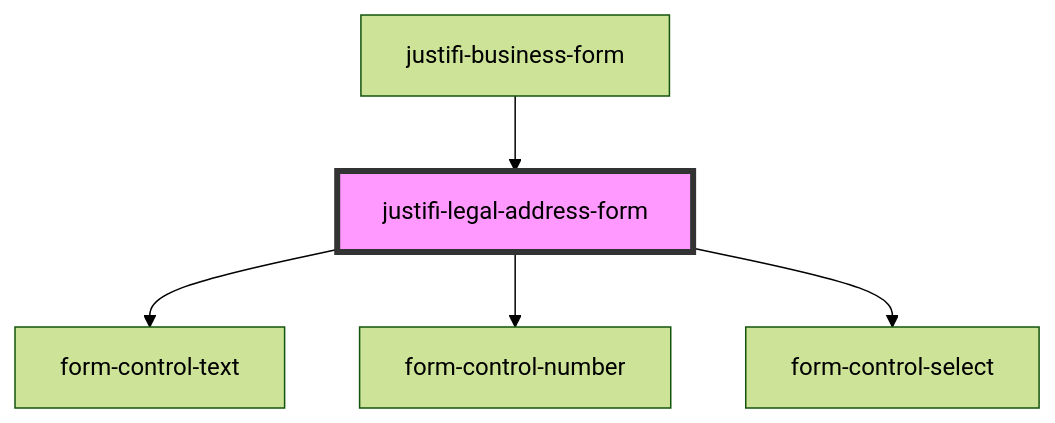
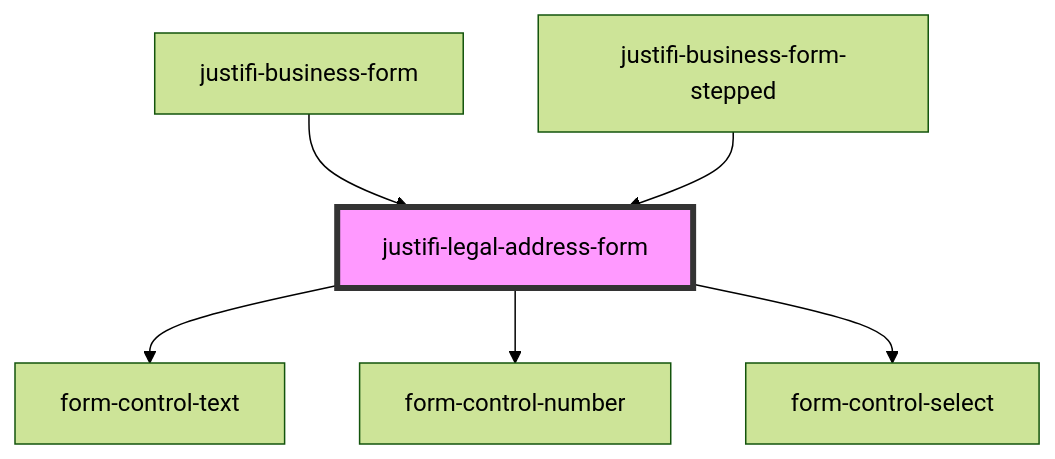
Before and after one commit to justifi-tech/web-component-library: the diagram in stencil-library/src/components/legal-address-form/readme.md, drawn with Mermaid (forest theme). The commit also changed other lines of this file and 8 other files, not shown here.

Commit message:
business-form-stepped progress indicator

````diff
--- a/stencil-library/src/components/legal-address-form/readme.md
+++ b/stencil-library/src/components/legal-address-form/readme.md
@@ -29,8 +30,9 @@
 ```mermaid
 graph TD;
   justifi-legal-address-form --> form-control-text
   justifi-legal-address-form --> form-control-number
   justifi-legal-address-form --> form-control-select
   justifi-business-form --> justifi-legal-address-form
+  justifi-business-form-stepped --> justifi-legal-address-form
   style justifi-legal-address-form fill:#f9f,stroke:#333,stroke-width:4px
 ```
````
